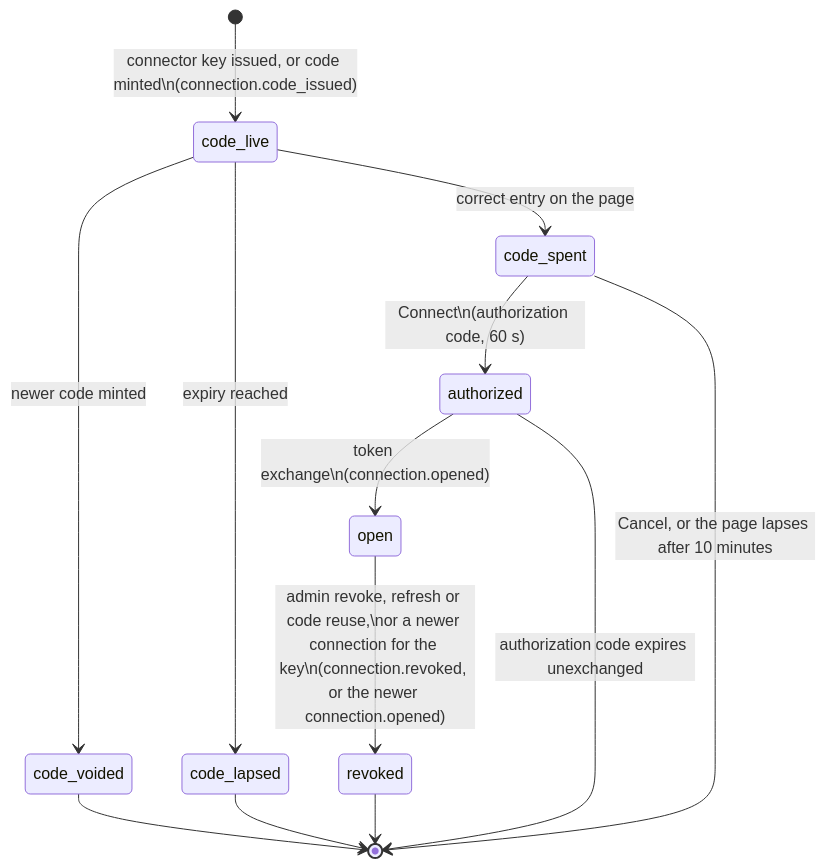
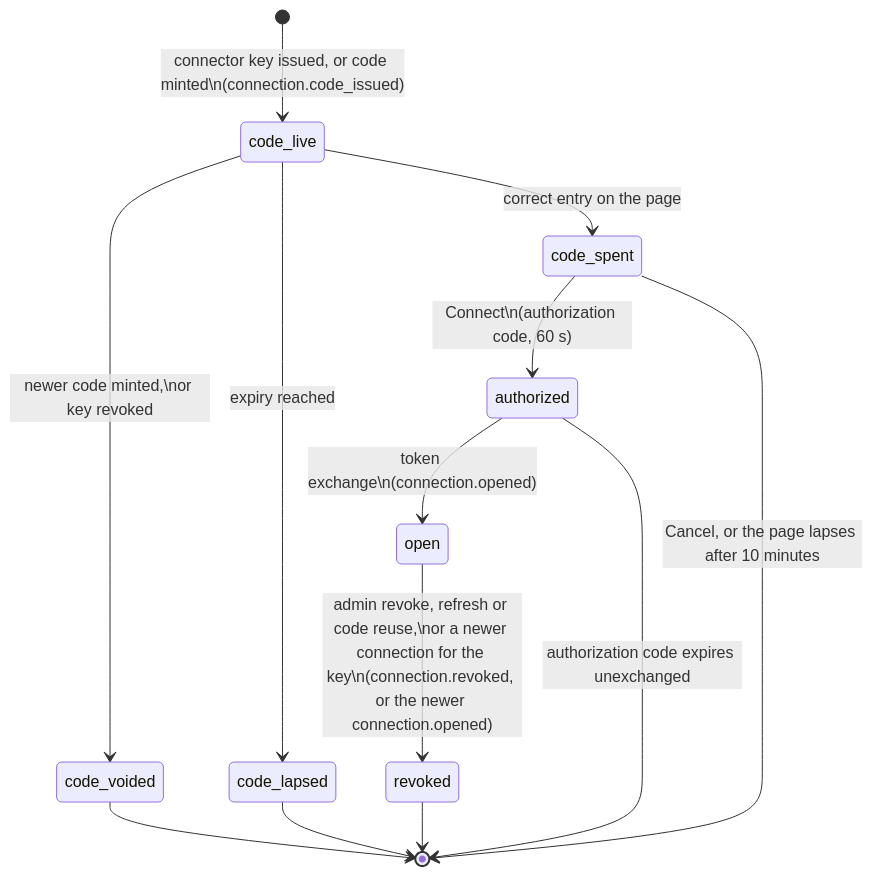
Before and after one commit to e8kor/open-memory-lab: the second of 2 diagrams in docs/architecture/roles-and-keys.md, drawn with Mermaid. The commit also changed other lines of this file and 15 other files, not shown here.

````diff
--- a/docs/architecture/roles-and-keys.md
+++ b/docs/architecture/roles-and-keys.md
@@ -560,15 +571,15 @@
 ```mermaid
 stateDiagram-v2
     [*] --> code_live : connector key issued, or code minted\n(connection.code_issued)
-    code_live --> code_voided : newer code minted
+    code_live --> code_voided : newer code minted,\nor key revoked
     code_live --> code_lapsed : expiry reached
     code_live --> code_spent : correct entry on the page
     code_spent --> authorized : Connect\n(authorization code, 60 s)
     code_spent --> [*] : Cancel, or the page lapses after 10 minutes
     authorized --> open : token exchange\n(connection.opened)
     authorized --> [*] : authorization code expires unexchanged
     open --> revoked : admin revoke, refresh or code reuse,\nor a newer connection for the key\n(connection.revoked, or the newer connection.opened)
     code_voided --> [*]
     code_lapsed --> [*]
     revoked --> [*]
 ```
````
